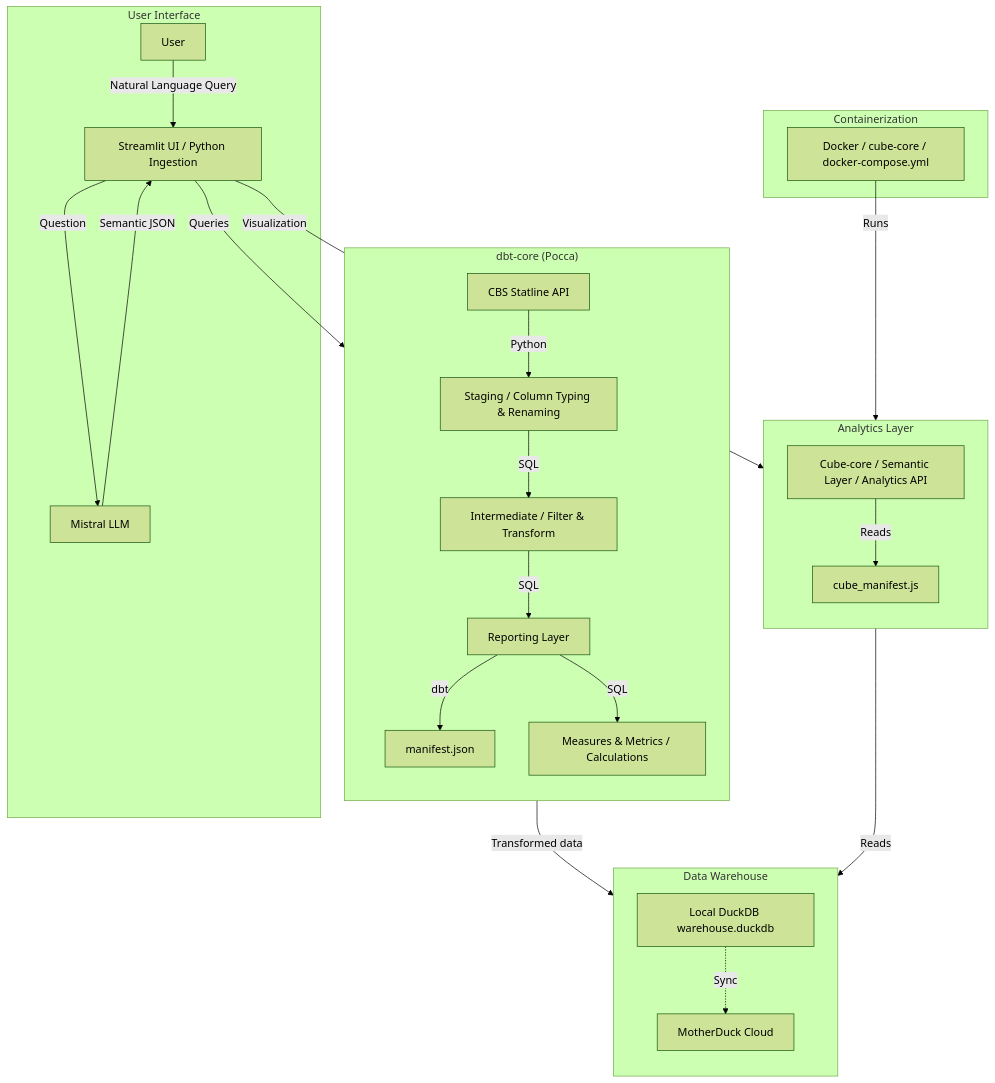
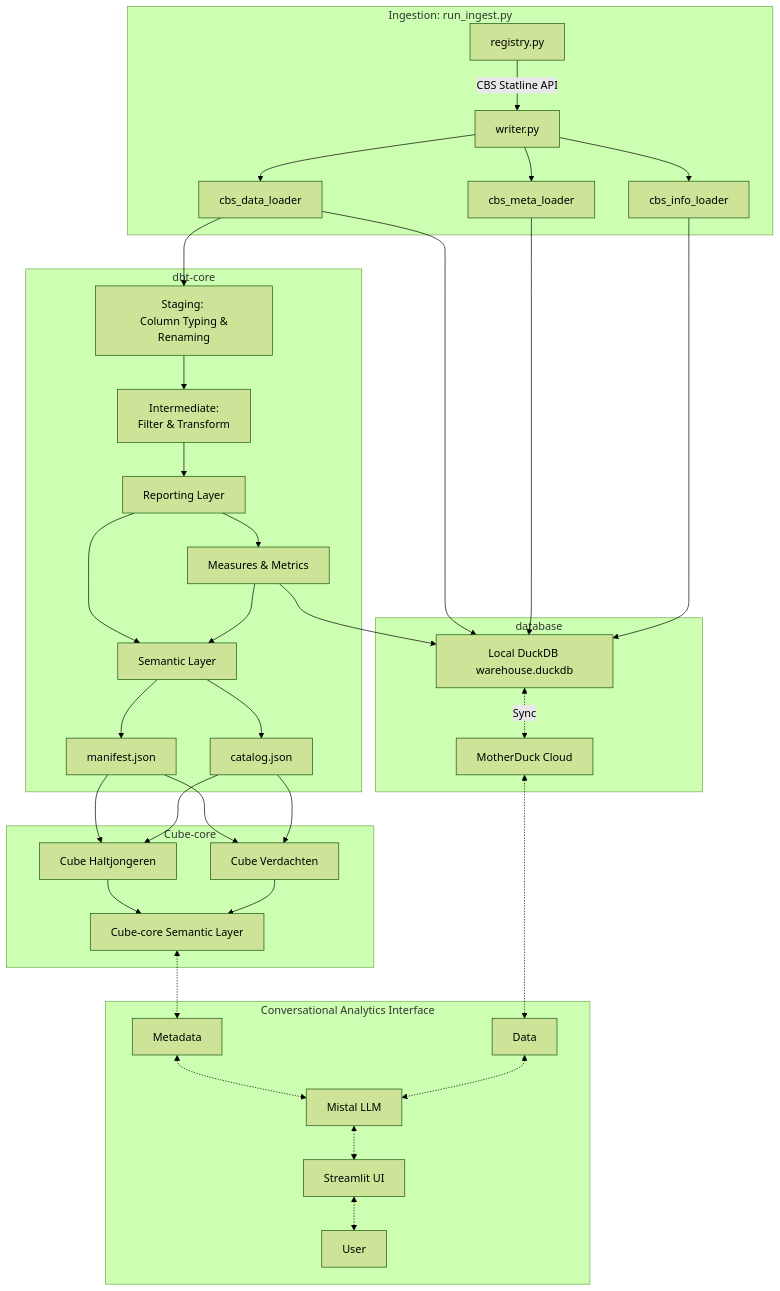
Before and after one commit to jveldman/ConversationalAnalytics: the diagram in README.md, drawn with Mermaid (forest theme). The commit also changed other lines of this file and 1 other file, not shown here.

````diff
--- a/README.md
+++ b/README.md
@@ -23,39 +14,55 @@
 ```mermaid
 flowchart TB
-  subgraph UserInterface["User Interface"]
-    U[User] -->|Natural Language Query| S[Streamlit UI / Python Ingestion]
-    S -->|Question| M[Mistral LLM]
-    M -->|Semantic JSON| S
-  end
 
-  subgraph DataWarehouse["Data Warehouse"]
-    direction TB
+    subgraph ingestion [Ingestion: run_ingest.py]
+    RR[registry.py] -->|CBS Statline API| WR[writer.py]
+    WR --> DL[cbs_data_loader]
+    WR --> ML[cbs_meta_loader]
+    WR --> IL[cbs_info_loader]
+    end
+
+    DL ---> DD
+    ML ---> DD
+    IL ---> DD
+
+    subgraph dbt [dbt-core]
+    DL --> ST[Staging: <br> Column Typing & Renaming]
+    ST --> IM[Intermediate: <br> Filter & Transform]
+    IM --> RP[Reporting Layer]
+    RP --> MM[Measures & Metrics]
+    RP --> SM[Semantic Layer]
+    MM --> SM
+    SM --> MF[manifest.json]
+    SM --> CL[catalog.json]
+
+    end
+
+    subgraph cube[Cube-core]
+    MF --> CH[Cube Haltjongeren]
+    CL --> CH
+    MF --> CV[Cube Verdachten]
+    CL --> CV
+
+    CH --> CSL[Cube-core Semantic Layer]
+    CV --> CSL
+    end 
+
+    subgraph database [database]
     DD[Local DuckDB warehouse.duckdb]
     MD[MotherDuck Cloud]
-    DD -.->|Sync| MD
-  end
+    DD <-.->|Sync| MD
+    end
 
-  subgraph DbtCore["dbt-core (Pocca)"]
-    direction TB
-    SO[CBS Statline API] -->|Python| ST[Staging / Column Typing & Renaming]
-    ST -->|SQL| IM[Intermediate / Filter & Transform]
-    IM -->|SQL| RP[Reporting Layer]
-    RP -->|dbt| MF[manifest.json]
-    RP -->|SQL| MM[Measures & Metrics / Calculations]
-  end
+    %% Data Flow to Warehouse
+    MM --> DD
 
-  subgraph Analytics["Analytics Layer"]
-    direction TB
-    CC[Cube-core / Semantic Layer / Analytics API] -->|Reads| CJ[cube_manifest.js]
-  end
-
-  subgraph Containerization["Containerization"]
-    D[Docker / cube-core / docker-compose.yml]
-  end
-
-  S -->|Queries| DbtCore
-  DbtCore -->|Transformed data| DD
-  CJ -->|Reads| DD
-  D -->|Runs| CC
-  S -->|Visualization| CC
+   %% User and UI Layer
+    subgraph CA_Interface [Conversational Analytics Interface]
+    CSL <-.-> MT[Metadata]
+    MD <-.-> DT[Data]
+    MT <-.-> M[Mistral LLM]
+    DT <-.-> M[Mistal LLM]
+    M <-.-> S[Streamlit UI]
+    S <-.-> U[User]
+    end
 ```
````
